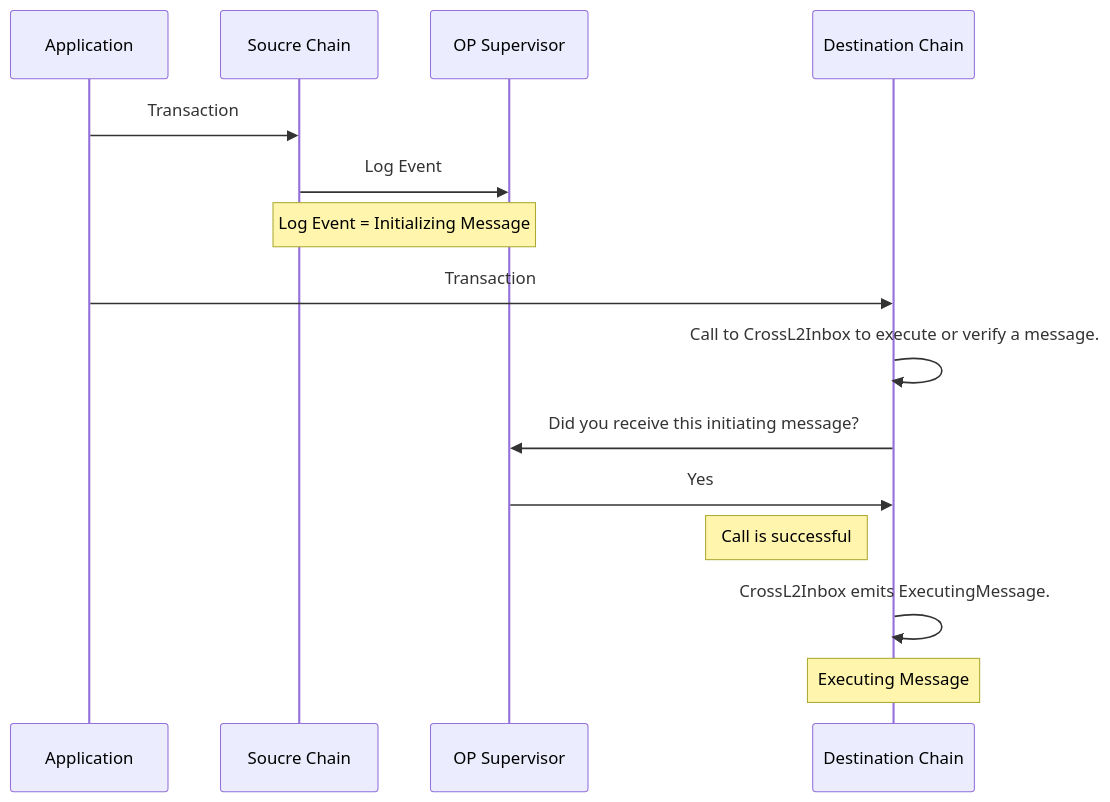
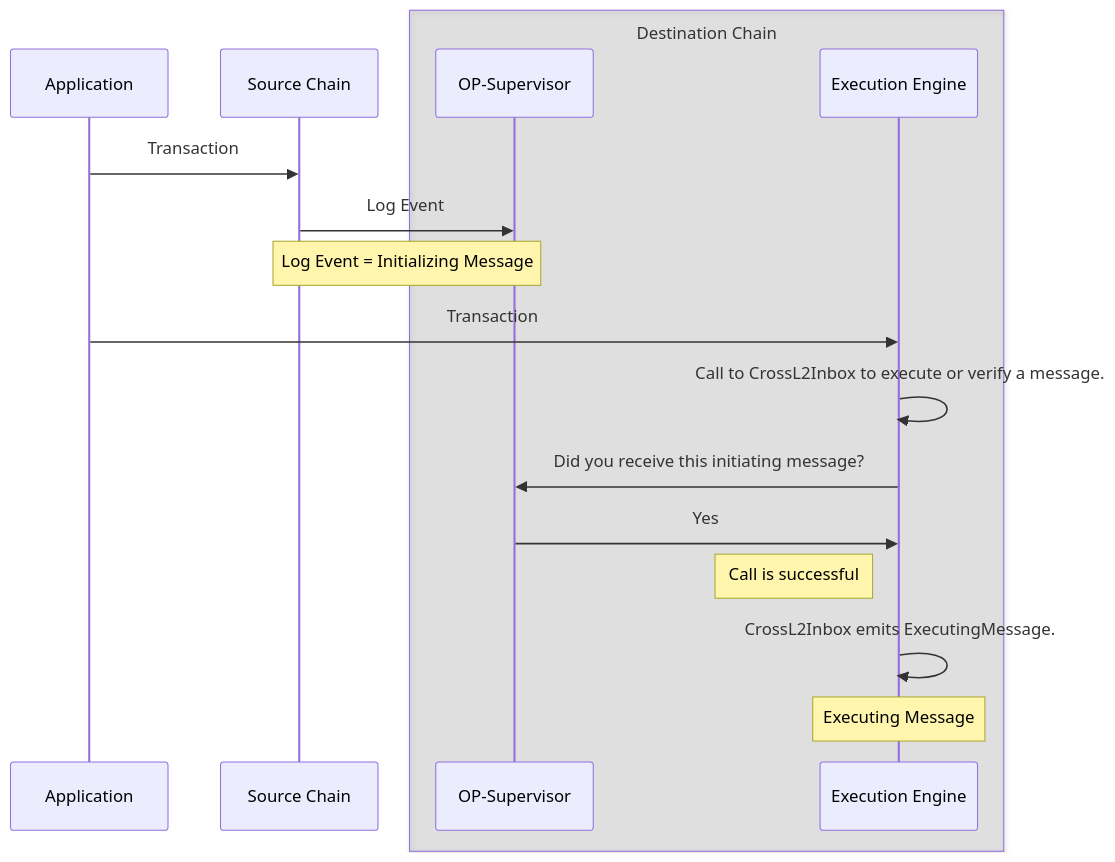
The second of 5 diagrams in pages/stack/interop/explainer.mdx (ethereum-optimism/docs), drawn with Mermaid before and after one commit. The commit also changed other lines of this file and 3 other files, not shown here.

````diff
--- a/pages/stack/interop/explainer.mdx
+++ b/pages/stack/interop/explainer.mdx
@@ -57,18 +71,20 @@
 ```mermaid
 
 sequenceDiagram
     participant app as Application
-    participant src as Soucre Chain
-    participant op-sup as OP Supervisor
-    participant dst as Destination Chain
+    participant src as Source Chain
+    box rgba(0,0,0,0.1) Destination Chain
+      participant dst-sup as OP-Supervisor
+      participant dst-geth as Execution Engine
+    end
     app->>src: Transaction
-    src->>op-sup: Log Event
-    note over src,op-sup: Log Event = Initializing Message
-    app->>dst: Transaction
-    dst->>dst: Call to CrossL2Inbox to execute or verify a message.
-    dst->>op-sup: Did you receive this initiating message?
-    op-sup->>dst: Yes
-    note left of dst: Call is successful
-    dst->>dst: CrossL2Inbox emits ExecutingMessage.
-    note over dst: Executing Message
+    src->>dst-sup: Log Event
+    note over src,dst-sup: Log Event = Initializing Message
+    app->>dst-geth: Transaction
+    dst-geth->>dst-geth: Call to CrossL2Inbox to execute or verify a message.
+    dst-geth->>dst-sup: Did you receive this initiating message?
+    dst-sup->>dst-geth: Yes
+    note left of dst-geth: Call is successful
+    dst-geth->>dst-geth: CrossL2Inbox emits ExecutingMessage.
+    note over dst-geth: Executing Message
 ```
````
